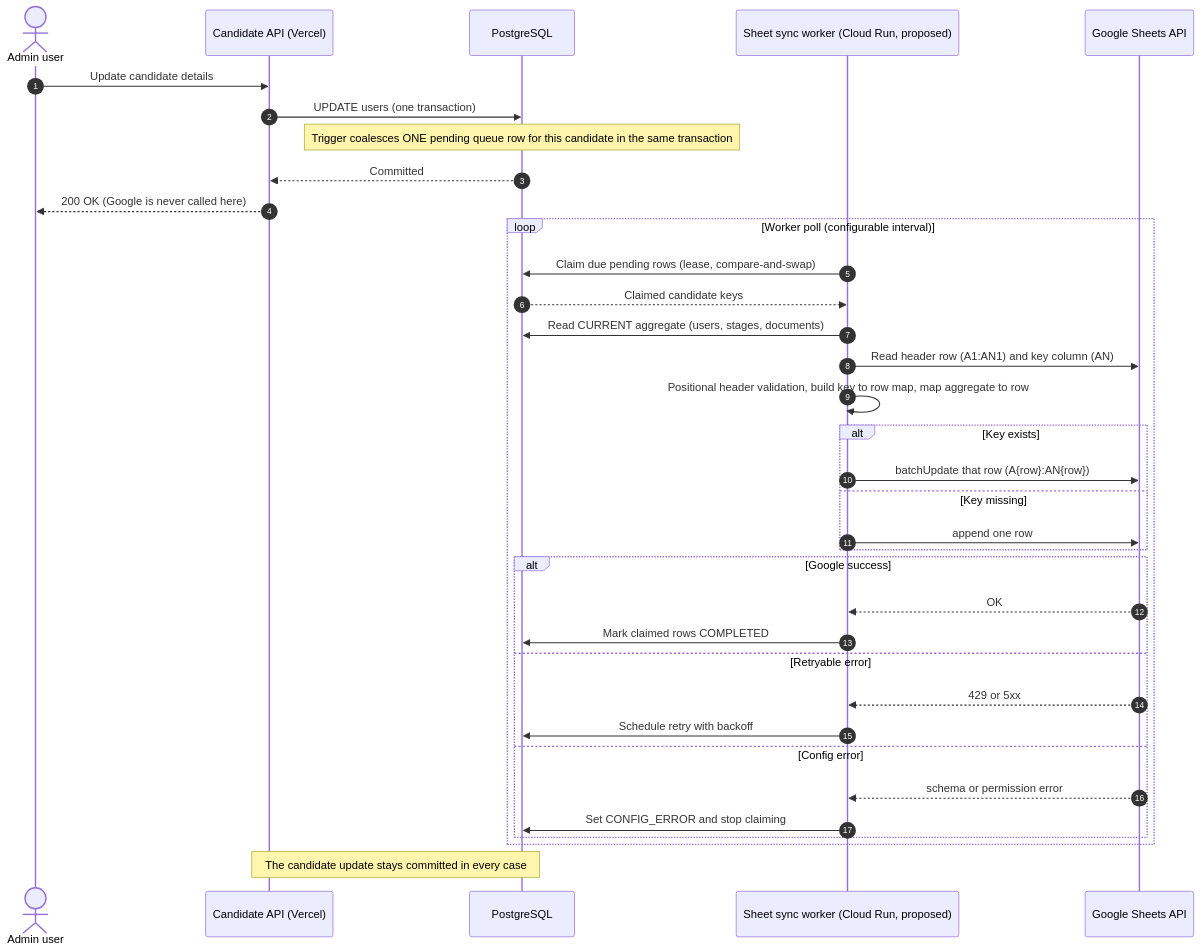
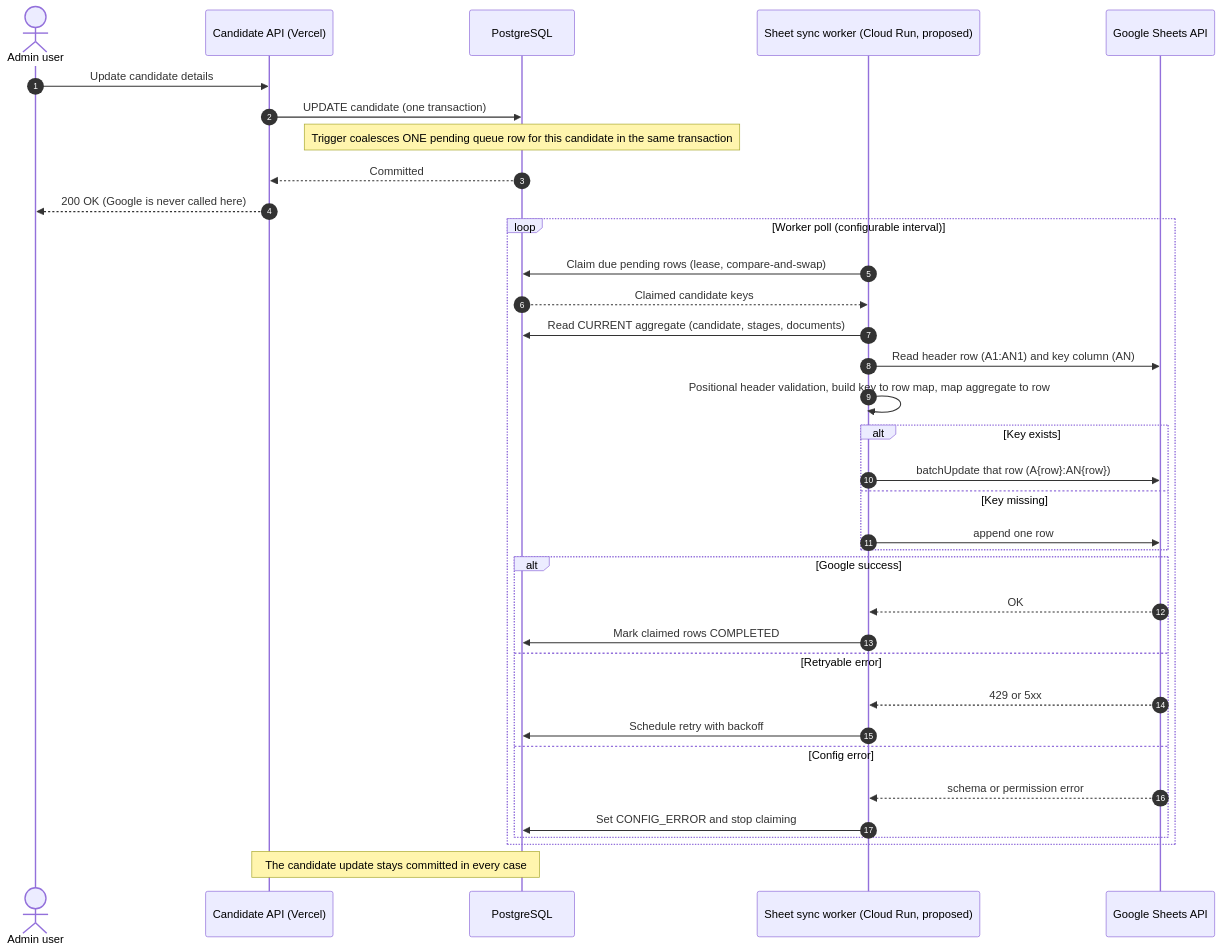
One commit to emlynk-pixel/EmlynkWABot changed the third of 11 diagrams in Docs/GOOGLE_SHEET_CANDIDATE_SYNC_ARCHITECTURE.md. Above: the diagram before and after it, drawn with Mermaid. The commit also changed other lines of this file and 6 other files, not shown here.

````diff
--- a/Docs/GOOGLE_SHEET_CANDIDATE_SYNC_ARCHITECTURE.md
+++ b/Docs/GOOGLE_SHEET_CANDIDATE_SYNC_ARCHITECTURE.md
@@ -537,39 +539,39 @@
 ```mermaid
 sequenceDiagram
     autonumber
     actor Admin as Admin user
     participant App as Candidate API (Vercel)
     participant DB as PostgreSQL
     participant Worker as Sheet sync worker (Cloud Run, proposed)
     participant G as Google Sheets API
 
     Admin->>App: Update candidate details
-    App->>DB: UPDATE users (one transaction)
+    App->>DB: UPDATE candidate (one transaction)
     Note over DB: Trigger coalesces ONE pending queue row for this candidate in the same transaction
     DB-->>App: Committed
     App-->>Admin: 200 OK (Google is never called here)
 
     loop Worker poll (configurable interval)
         Worker->>DB: Claim due pending rows (lease, compare-and-swap)
         DB-->>Worker: Claimed candidate keys
-        Worker->>DB: Read CURRENT aggregate (users, stages, documents)
+        Worker->>DB: Read CURRENT aggregate (candidate, stages, documents)
         Worker->>G: Read header row (A1:AN1) and key column (AN)
         Worker->>Worker: Positional header validation, build key to row map, map aggregate to row
         alt Key exists
             Worker->>G: batchUpdate that row (A{row}:AN{row})
         else Key missing
             Worker->>G: append one row
         end
         alt Google success
             G-->>Worker: OK
             Worker->>DB: Mark claimed rows COMPLETED
         else Retryable error
             G-->>Worker: 429 or 5xx
             Worker->>DB: Schedule retry with backoff
         else Config error
             G-->>Worker: schema or permission error
             Worker->>DB: Set CONFIG_ERROR and stop claiming
         end
     end
     Note over DB,App: The candidate update stays committed in every case
 ```
````
